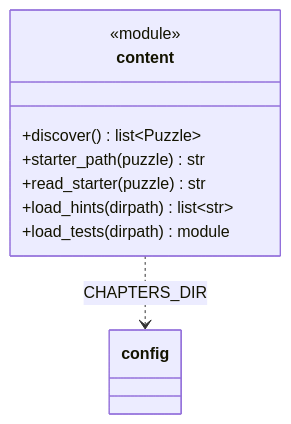
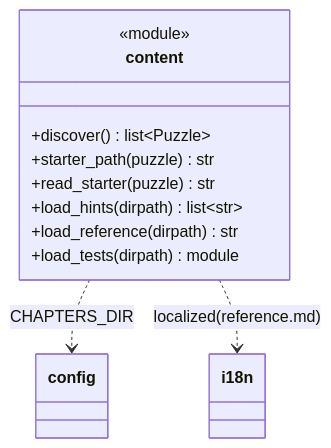
One commit to N041M/PyQuest changed the fifth of 11 diagrams in docs/architecture/engine-core.md. Above: the diagram before and after it, drawn with Mermaid. The commit also changed other lines of this file and 5 other files, not shown here.

````diff
--- a/docs/architecture/engine-core.md
+++ b/docs/architecture/engine-core.md
@@ -120,12 +123,14 @@
 ```mermaid
 classDiagram
     class content {
         <<module>>
         +discover() list~Puzzle~
         +starter_path(puzzle) str
         +read_starter(puzzle) str
         +load_hints(dirpath) list~str~
+        +load_reference(dirpath) str
         +load_tests(dirpath) module
     }
     content ..> config : CHAPTERS_DIR
+    content ..> i18n : localized(reference.md)
 ```
````
